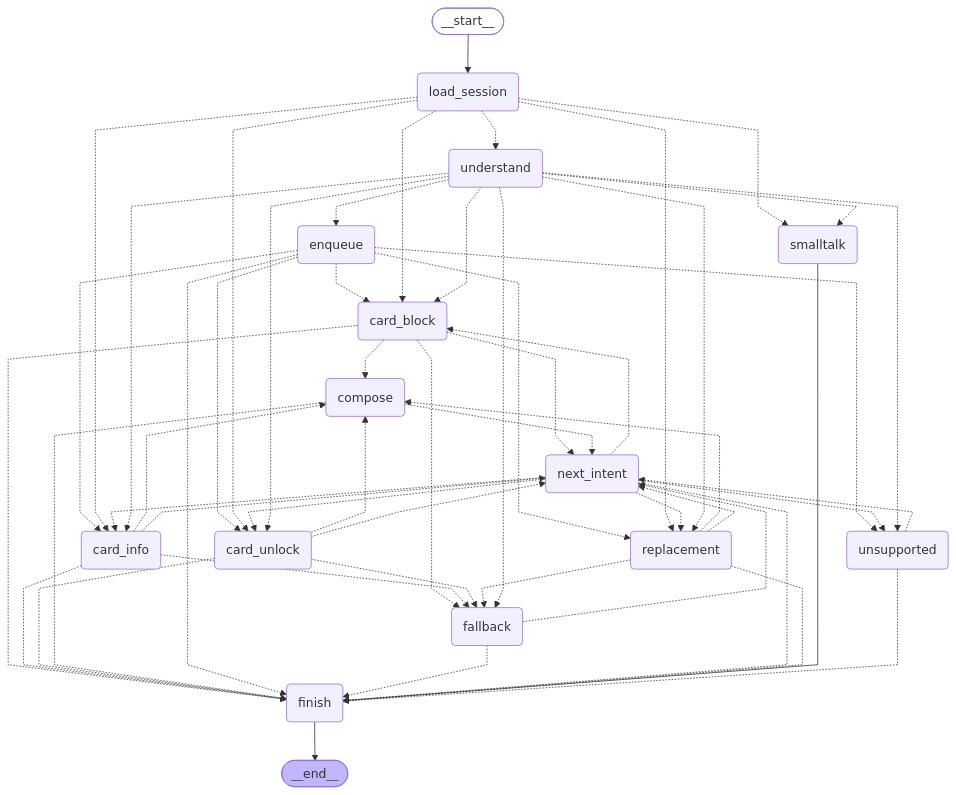
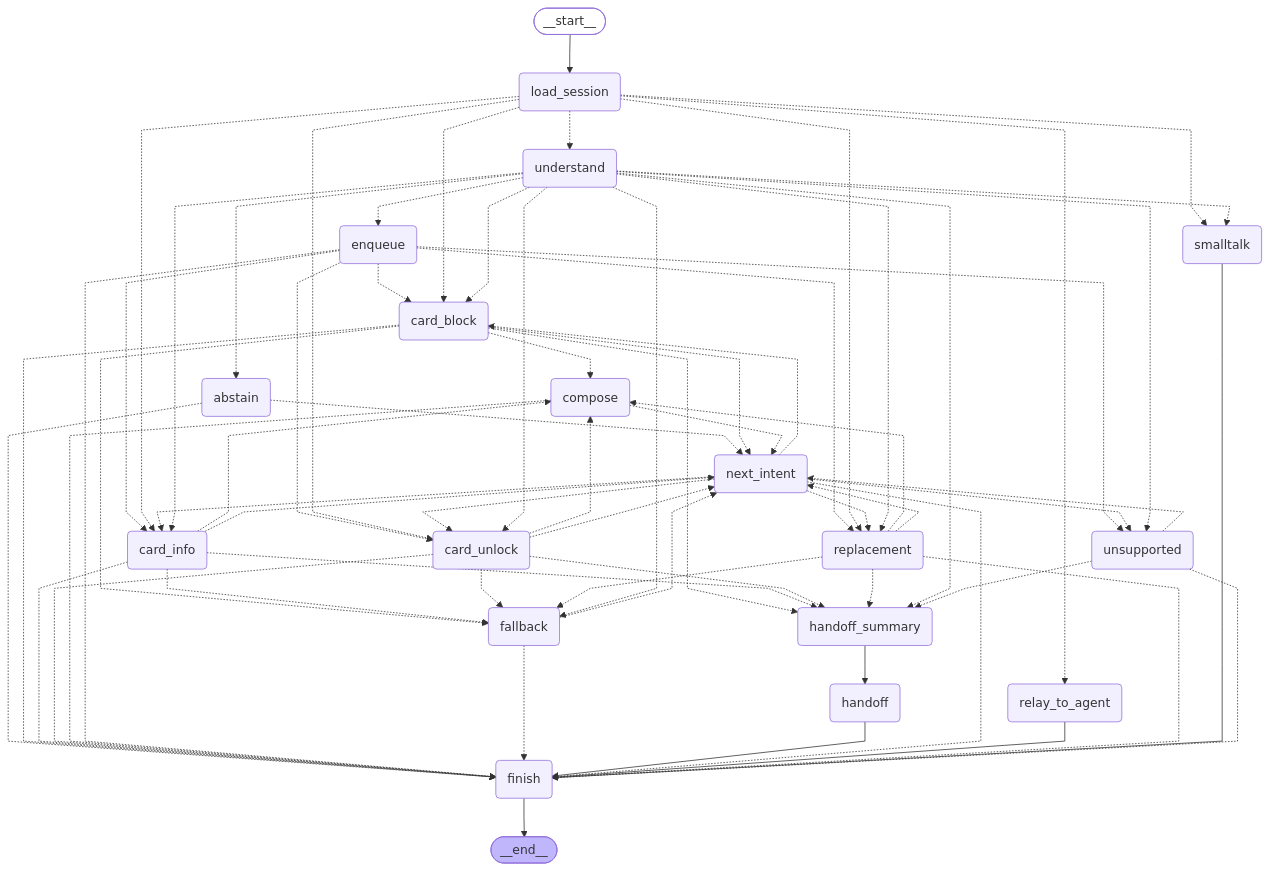
One commit to YhBedoya/factored-hackathon-2026-inferencia-aplicada changed the diagram in docs/diagrams/turn-graph-v0.mmd. Above: the diagram before and after it, drawn with Mermaid. The commit also changed 93 other files, not shown here.

```diff
--- a/docs/diagrams/turn-graph-v0.mmd
+++ b/docs/diagrams/turn-graph-v0.mmd
@@ -1,75 +1,92 @@
 ---
 config:
   flowchart:
     curve: linear
 ---
 graph TD;
 	__start__([<p>__start__</p>]):::first
 	load_session(load_session)
 	understand(understand)
 	smalltalk(smalltalk)
 	enqueue(enqueue)
 	card_info(card_info)
 	card_block(card_block)
 	card_unlock(card_unlock)
 	replacement(replacement)
 	unsupported(unsupported)
 	fallback(fallback)
 	compose(compose)
 	next_intent(next_intent)
 	finish(finish)
+	abstain(abstain)
+	handoff_summary(handoff_summary)
+	handoff(handoff)
+	relay_to_agent(relay_to_agent)
 	__end__([<p>__end__</p>]):::last
 	__start__ --> load_session;
+	abstain -.-> finish;
+	abstain -.-> next_intent;
 	card_block -.-> compose;
 	card_block -.-> fallback;
 	card_block -.-> finish;
+	card_block -.-> handoff_summary;
 	card_block -.-> next_intent;
 	card_info -.-> compose;
 	card_info -.-> fallback;
 	card_info -.-> finish;
+	card_info -.-> handoff_summary;
 	card_info -.-> next_intent;
 	card_unlock -.-> compose;
 	card_unlock -.-> fallback;
 	card_unlock -.-> finish;
+	card_unlock -.-> handoff_summary;
 	card_unlock -.-> next_intent;
 	compose -.-> finish;
 	compose -.-> next_intent;
 	enqueue -.-> card_block;
 	enqueue -.-> card_info;
 	enqueue -.-> card_unlock;
 	enqueue -.-> finish;
 	enqueue -.-> replacement;
 	enqueue -.-> unsupported;
 	fallback -.-> finish;
 	fallback -.-> next_intent;
+	handoff --> finish;
+	handoff_summary --> handoff;
 	load_session -.-> card_block;
 	load_session -.-> card_info;
 	load_session -.-> card_unlock;
+	load_session -.-> relay_to_agent;
 	load_session -.-> replacement;
 	load_session -.-> smalltalk;
 	load_session -.-> understand;
 	next_intent -.-> card_block;
 	next_intent -.-> card_info;
 	next_intent -.-> card_unlock;
 	next_intent -.-> finish;
 	next_intent -.-> replacement;
 	next_intent -.-> unsupported;
+	relay_to_agent --> finish;
 	replacement -.-> compose;
 	replacement -.-> fallback;
 	replacement -.-> finish;
+	replacement -.-> handoff_summary;
 	replacement -.-> next_intent;
 	smalltalk --> finish;
+	understand -.-> abstain;
 	understand -.-> card_block;
 	understand -.-> card_info;
 	understand -.-> card_unlock;
 	understand -.-> enqueue;
 	understand -.-> fallback;
+	understand -.-> handoff_summary;
 	understand -.-> replacement;
 	understand -.-> smalltalk;
 	understand -.-> unsupported;
 	unsupported -.-> finish;
+	unsupported -.-> handoff_summary;
 	unsupported -.-> next_intent;
 	finish --> __end__;
 	classDef default fill:#f2f0ff,line-height:1.2
 	classDef first fill-opacity:0
 	classDef last fill:#bfb6fc
```
